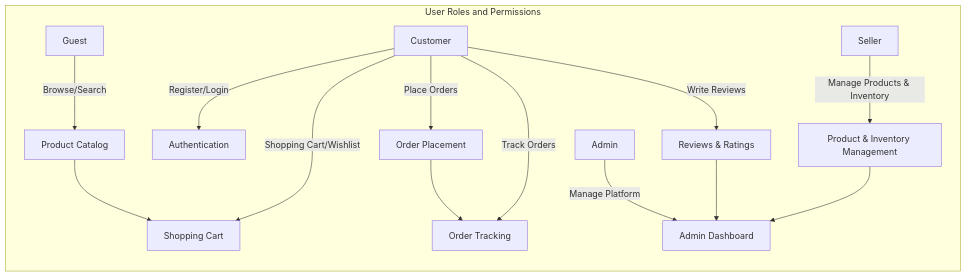
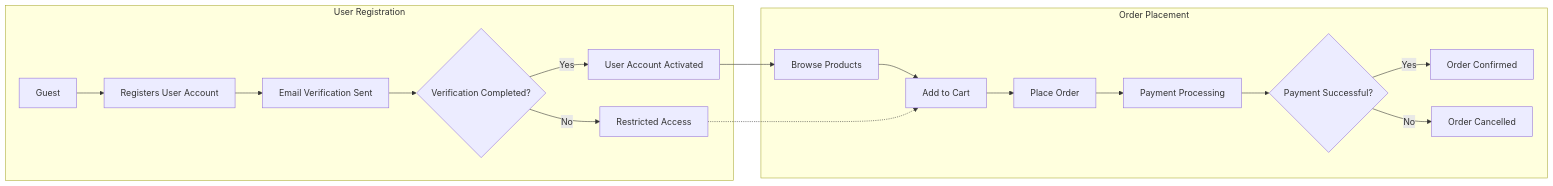
The diagram in openai/gpt-4.1-mini/shopping/docs/analysis/03-functional-requirements.md (wrtnlabs/autobe-examples), drawn with Mermaid before and after one commit. The commit also changed other lines of this file and 1553 other files, not shown here.

````diff
--- a/openai/gpt-4.1-mini/shopping/docs/analysis/03-functional-requirements.md
+++ b/openai/gpt-4.1-mini/shopping/docs/analysis/03-functional-requirements.md
@@ -133,19 +109,22 @@
 ```mermaid
 graph LR
-  subgraph "User Roles and Permissions"
-    guest["Guest"] -->|"Browse/Search"| productCatalog["Product Catalog"]
-    customer["Customer"] -->|"Register/Login"| auth["Authentication"]
-    customer -->|"Shopping Cart/Wishlist"| cart["Shopping Cart"]
-    customer -->|"Place Orders"| order["Order Placement"]
-    customer -->|"Track Orders"| tracking["Order Tracking"]
-    customer -->|"Write Reviews"| review["Reviews & Ratings"]
-    seller["Seller"] -->|"Manage Products & Inventory"| productMgmt["Product & Inventory Management"]
-    admin["Admin"] -->|"Manage Platform"| adminDashboard["Admin Dashboard"]
+  subgraph "User Registration"
+    A["Guest"] --> B["Registers User Account"]
+    B --> C["Email Verification Sent"]
+    C --> D{"Verification Completed?"}
+    D -->|"Yes"| E["User Account Activated"]
+    D -->|"No"| F["Restricted Access"]
   end
-
-  productCatalog --> cart
-  order --> tracking
-  review --> adminDashboard
-  productMgmt --> adminDashboard
-
+  
+  subgraph "Order Placement"
+    E --> G["Browse Products"]
+    G --> H["Add to Cart"]
+    H --> I["Place Order"]
+    I --> J["Payment Processing"]
+    J --> K{"Payment Successful?"}
+    K -->|"Yes"| L["Order Confirmed"]
+    K -->|"No"| M["Order Cancelled"]
+  end
+  
+  F -.-> H
 ```
````
